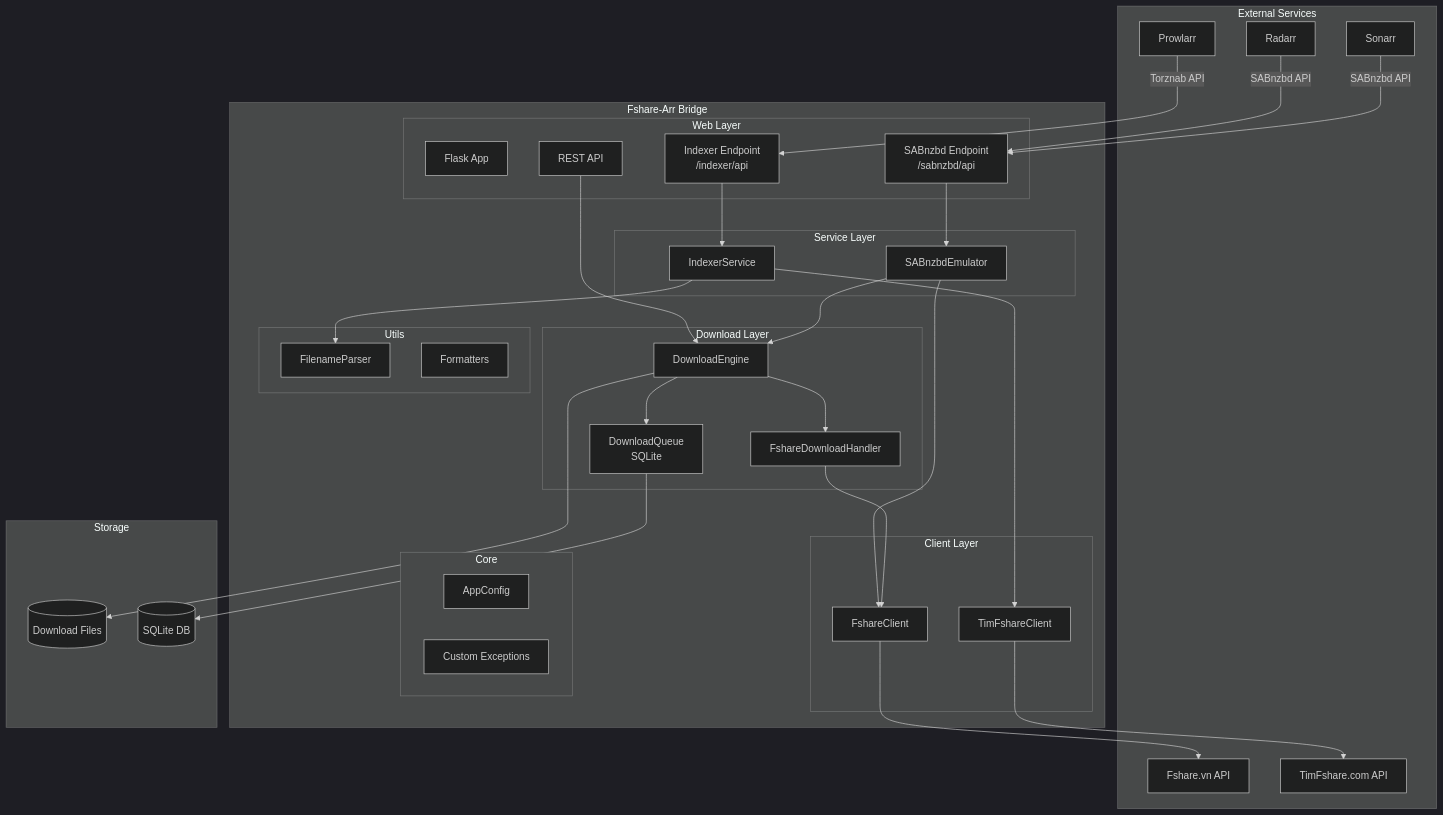
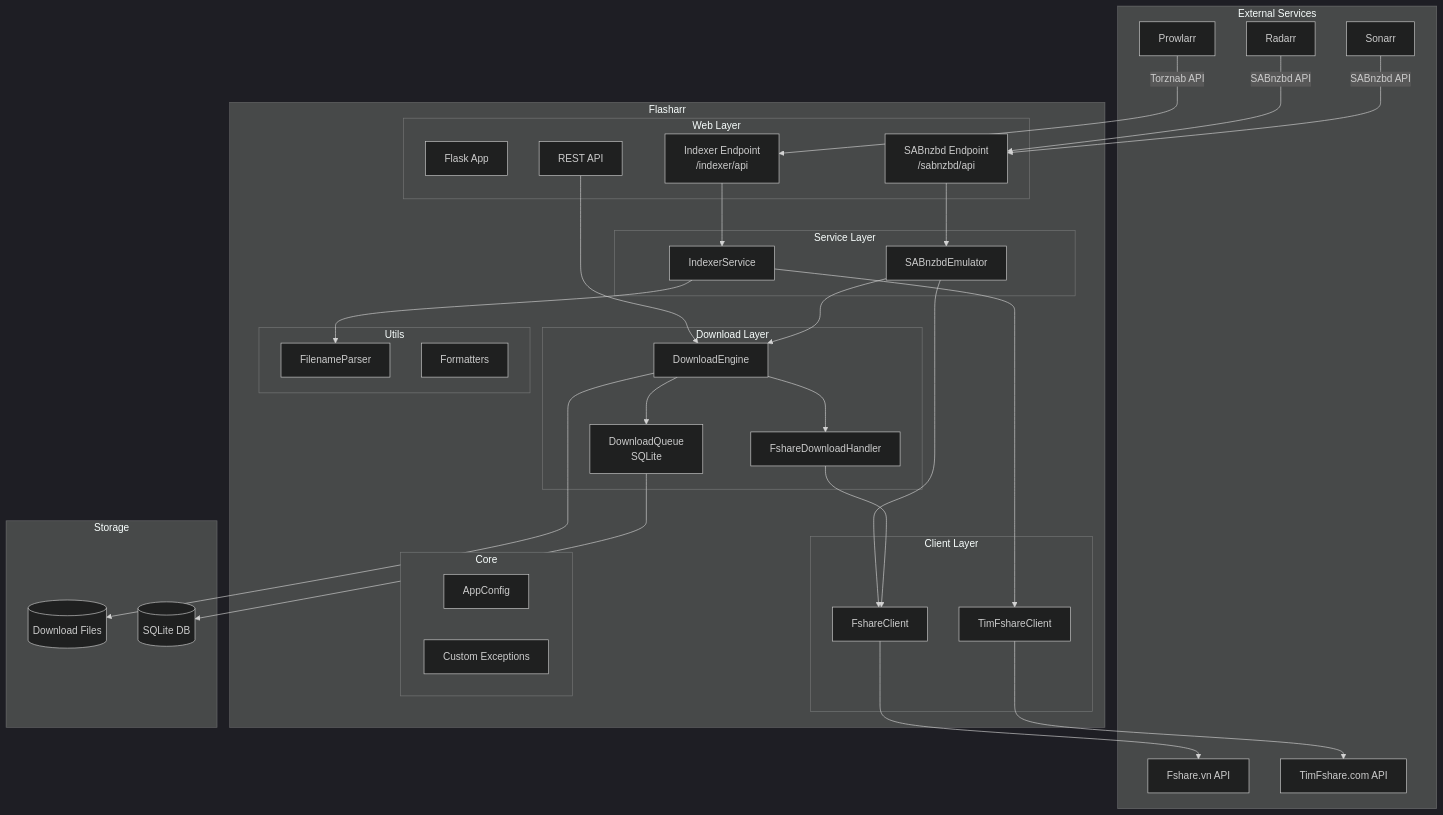
The diagram in docs/ARCHITECTURE.md (duytran1406/flasharr), drawn with Mermaid (dark theme) before and after one commit. The commit also changed other lines of this file and 157 other files, not shown here.

````diff
--- a/docs/ARCHITECTURE.md
+++ b/docs/ARCHITECTURE.md
@@ -5,72 +5,72 @@
 ```mermaid
 graph TB
     subgraph "External Services"
         PROWLARR[Prowlarr]
         RADARR[Radarr]
         SONARR[Sonarr]
         FSHARE[Fshare.vn API]
         TIMFSHARE[TimFshare.com API]
     end
     
-    subgraph "Fshare-Arr Bridge"
+    subgraph "Flasharr"
         subgraph "Web Layer"
             FLASK[Flask App]
             API[REST API]
             INDEXER_EP[Indexer Endpoint<br>/indexer/api]
             SAB_EP[SABnzbd Endpoint<br>/sabnzbd/api]
         end
         
         subgraph "Service Layer"
             INDEXER_SVC[IndexerService]
             SAB_SVC[SABnzbdEmulator]
         end
         
         subgraph "Client Layer"
             FSHARE_CLIENT[FshareClient]
             TIMFSHARE_CLIENT[TimFshareClient]
         end
         
         subgraph "Download Layer"
             ENGINE[DownloadEngine]
             QUEUE[DownloadQueue<br>SQLite]
             HANDLER[FshareDownloadHandler]
         end
         
         subgraph "Core"
             CONFIG[AppConfig]
             EXCEPTIONS[Custom Exceptions]
         end
         
         subgraph "Utils"
             PARSER[FilenameParser]
             FORMATTERS[Formatters]
         end
     end
     
     subgraph "Storage"
         DOWNLOADS[(Download Files)]
         DB[(SQLite DB)]
     end
     
     PROWLARR -->|Torznab API| INDEXER_EP
     RADARR -->|SABnzbd API| SAB_EP
     SONARR -->|SABnzbd API| SAB_EP
     
     INDEXER_EP --> INDEXER_SVC
     SAB_EP --> SAB_SVC
     API --> ENGINE
     
     INDEXER_SVC --> TIMFSHARE_CLIENT
     INDEXER_SVC --> PARSER
     SAB_SVC --> FSHARE_CLIENT
     SAB_SVC --> ENGINE
     
     TIMFSHARE_CLIENT --> TIMFSHARE
     FSHARE_CLIENT --> FSHARE
     
     ENGINE --> QUEUE
     ENGINE --> HANDLER
     ENGINE --> DOWNLOADS
     QUEUE --> DB
     HANDLER --> FSHARE_CLIENT
 ```
````
